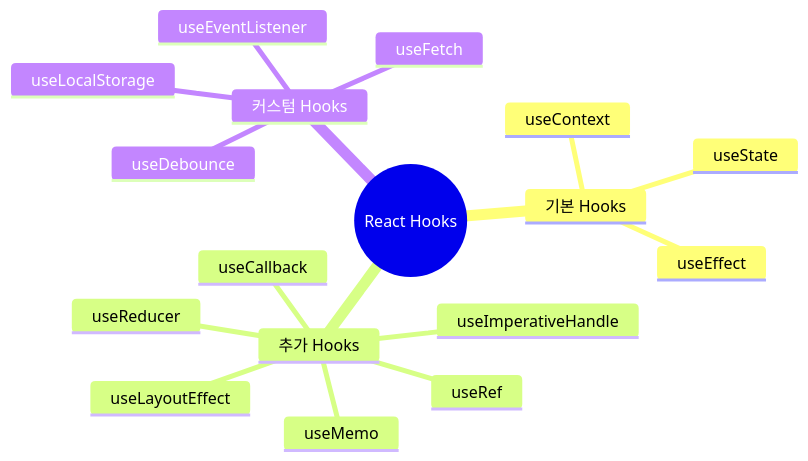
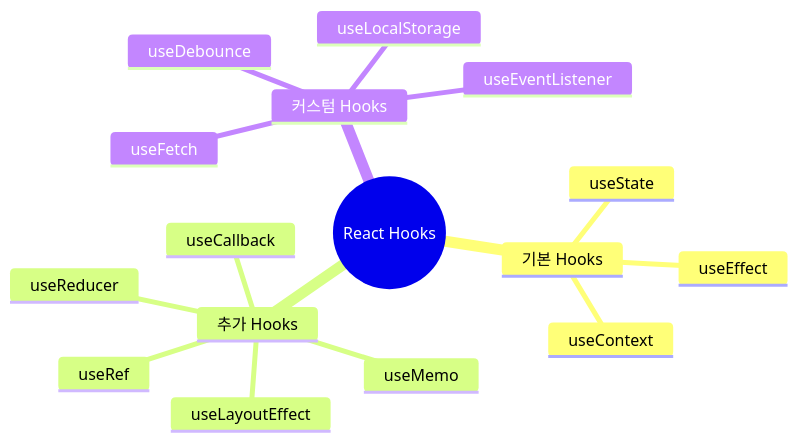
Before and after one commit to yjkim2015/yjkim2015.github.io: the first of 6 diagrams in _posts/frontend/2026-05-02-react-hooks.md, drawn with Mermaid. The commit also changed other lines of this file and 122 other files, not shown here.

````diff
--- a/_posts/frontend/2026-05-02-react-hooks.md
+++ b/_posts/frontend/2026-05-02-react-hooks.md
@@ -20,20 +22,19 @@
 ```mermaid
 mindmap
   root((React Hooks))
     기본 Hooks
       useState
       useEffect
       useContext
     추가 Hooks
       useReducer
       useMemo
       useCallback
       useRef
       useLayoutEffect
-      useImperativeHandle
     커스텀 Hooks
       useDebounce
       useFetch
       useLocalStorage
       useEventListener
 ```
````
